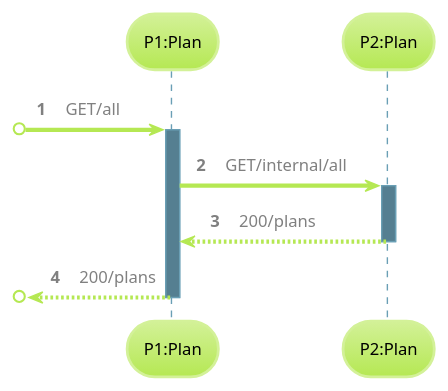
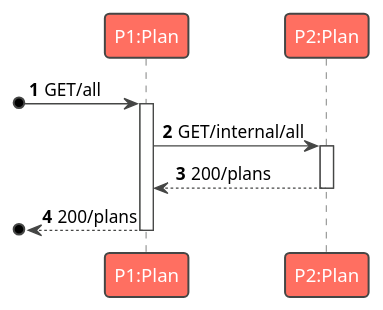
The diagram in sidis-project1-protobuf/docs/PlansDocs/US12/UC12-SDN2.puml (tam65r/protobuf-in-REST-aplication), drawn with PlantUML before and after one commit. The commit also changed 27 other files, not shown here.

```diff
--- a/sidis-project1-protobuf/docs/PlansDocs/US12/UC12-SDN2.puml
+++ b/sidis-project1-protobuf/docs/PlansDocs/US12/UC12-SDN2.puml
@@ -1,28 +1,27 @@
 @startuml
 'https://plantuml.com/sequence-diagram
 
 autonumber
 autoactivate on
 
-!theme hacker
+!theme toy
+skinparam backgroundColor Transparent
 
-skinparam defaultFontColor Grey
-skinparam participantFontColor Black
 participant "P1:Plan" as P1
 participant "P2:Plan" as P2
 
 
 [o-> P1: GET/all
 
 
 P1 -> P2: GET/internal/all
 
 P2 --> P1: 200/plans
 
 
 
 
 [o<-- P1: 200/plans
 
 
 @enduml
```
